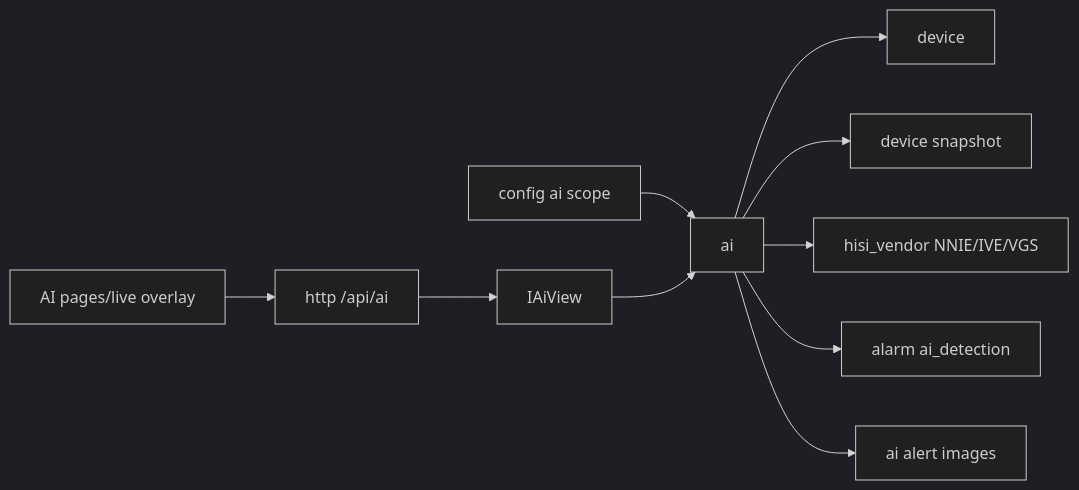
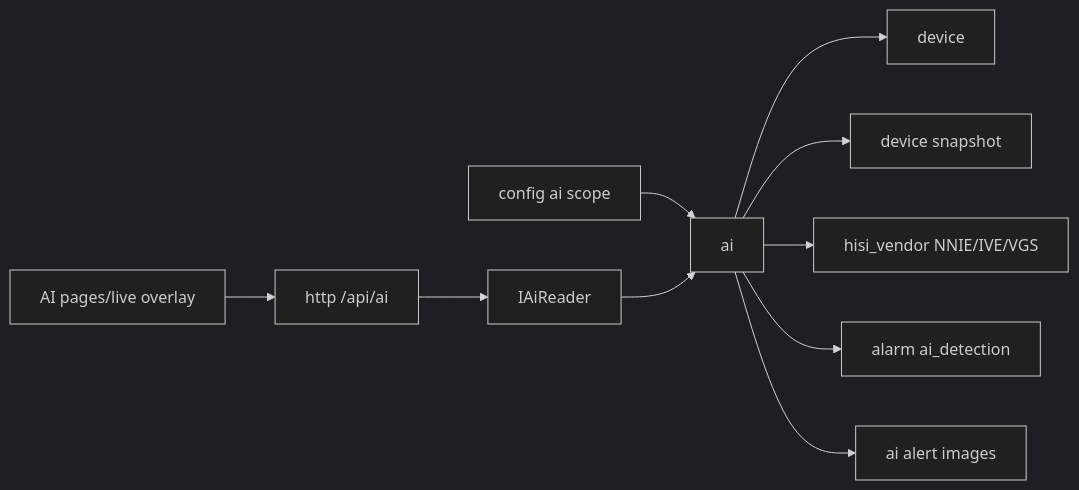
One commit to 373699756/live_stream changed the diagram in docs/libs/ai.md. Above: the diagram before and after it, drawn with Mermaid (dark theme). The commit also changed other lines of this file and 347 other files, not shown here.

````diff
--- a/docs/libs/ai.md
+++ b/docs/libs/ai.md
@@ -14,12 +14,12 @@
 ```mermaid
 flowchart LR
   Config[config ai scope] --> AI[ai]
   AI --> Media[device]
   AI --> Snapshot[device snapshot]
   AI --> SDK[hisi_vendor NNIE/IVE/VGS]
   AI --> Alarm[alarm ai_detection]
   AI --> Alerts[ai alert images]
-  HTTP[http /api/ai] --> AIView[IAiView]
-  AIView --> AI
+  HTTP[http /api/ai] --> AIReader[IAiReader]
+  AIReader --> AI
   Web[AI pages/live overlay] --> HTTP
 ```
````
